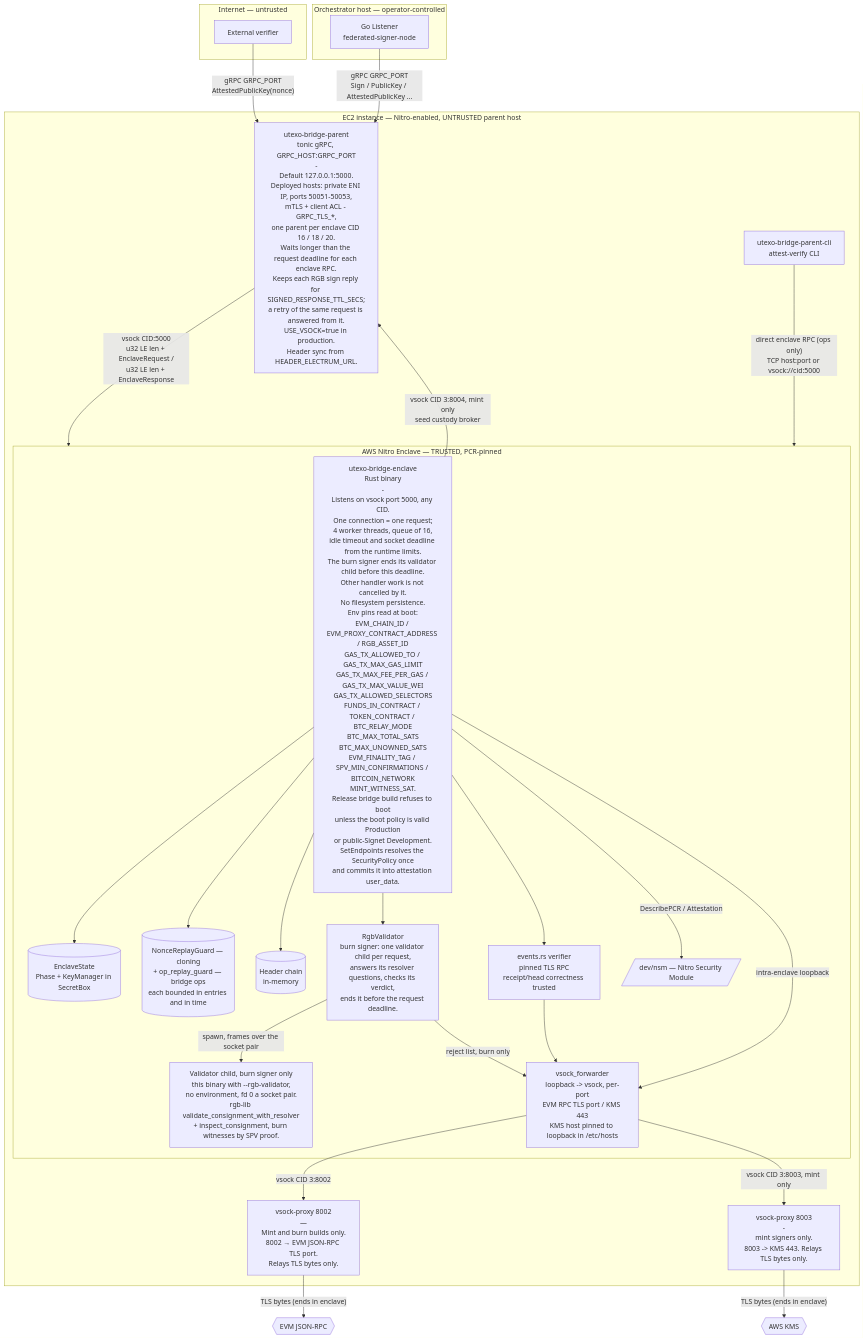
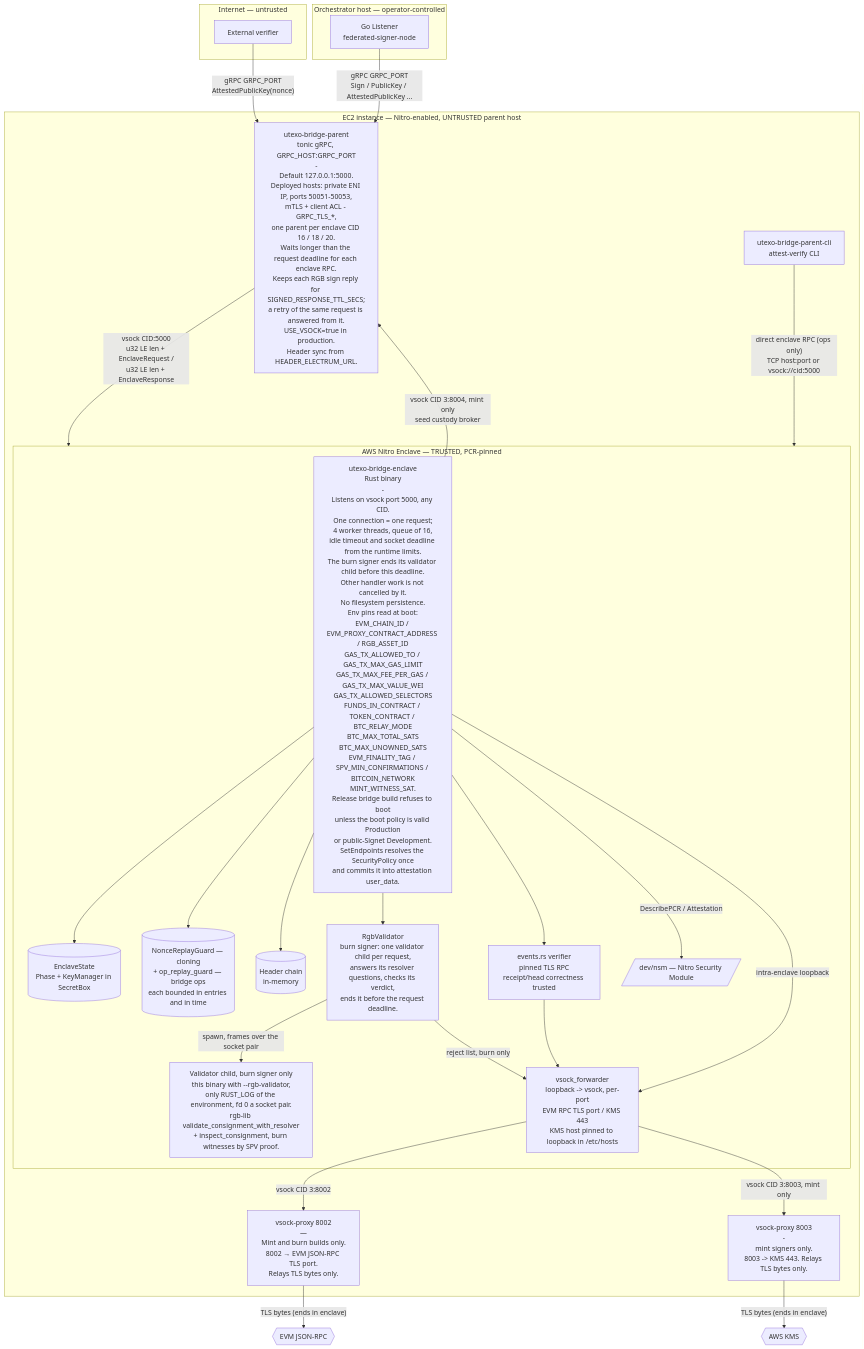
Before and after one commit to UTEXO-Protocol/enclave-signer: the diagram in docs/diagrams/02-deployment.md, drawn with Mermaid. The commit also changed 5 other files, not shown here.

First line of the commit message:
Say that a validator child keeps RUST_LOG, and keep its validator private

````diff
--- a/docs/diagrams/02-deployment.md
+++ b/docs/diagrams/02-deployment.md
@@ -3,54 +3,54 @@
 ```mermaid
 flowchart TB
     subgraph NET [Internet — untrusted]
         V[External verifier]
     end
 
     subgraph ORC [Orchestrator host — operator-controlled]
         L[Go Listener<br/>federated-signer-node]
     end
 
     subgraph EC2 [EC2 instance — Nitro-enabled, UNTRUSTED parent host]
         Parent[utexo-bridge-parent<br/>tonic gRPC, GRPC_HOST:GRPC_PORT<br/>-<br/>Default 127.0.0.1:5000.<br/>Deployed hosts: private ENI IP, ports 50051-50053,<br/>mTLS + client ACL - GRPC_TLS_*,<br/>one parent per enclave CID 16 / 18 / 20.<br/>Waits longer than the request deadline for each enclave RPC.<br/>Keeps each RGB sign reply for SIGNED_RESPONSE_TTL_SECS;<br/>a retry of the same request is answered from it.<br/>USE_VSOCK=true in production.<br/>Header sync from HEADER_ELECTRUM_URL.]
         Cli[utexo-bridge-parent-cli<br/>attest-verify CLI]
         VPk["vsock-proxy 8003<br/>-<br/>mint signers only.<br/>8003 -> KMS 443. Relays TLS bytes only."]
         VPe["vsock-proxy 8002<br/>―<br/>Mint and burn builds only.<br/>8002 → EVM JSON-RPC TLS port.<br/>Relays TLS bytes only."]
 
         subgraph ENCL [AWS Nitro Enclave — TRUSTED, PCR-pinned]
             Bin[utexo-bridge-enclave<br/>Rust binary<br/>-<br/>Listens on vsock port 5000, any CID.<br/>One connection = one request;<br/>4 worker threads, queue of 16,<br/>idle timeout and socket deadline from the runtime limits.<br/>The burn signer ends its validator child before this deadline.<br/>Other handler work is not cancelled by it.<br/>No filesystem persistence.<br/>Env pins read at boot:<br/>EVM_CHAIN_ID / EVM_PROXY_CONTRACT_ADDRESS / RGB_ASSET_ID<br/>GAS_TX_ALLOWED_TO / GAS_TX_MAX_GAS_LIMIT<br/>GAS_TX_MAX_FEE_PER_GAS / GAS_TX_MAX_VALUE_WEI<br/>GAS_TX_ALLOWED_SELECTORS<br/>FUNDS_IN_CONTRACT / TOKEN_CONTRACT / BTC_RELAY_MODE<br/>BTC_MAX_TOTAL_SATS<br/>BTC_MAX_UNOWNED_SATS<br/>EVM_FINALITY_TAG / SPV_MIN_CONFIRMATIONS / BITCOIN_NETWORK<br/>MINT_WITNESS_SAT.<br/>Release bridge build refuses to boot<br/>unless the boot policy is valid Production<br/>or public-Signet Development.<br/>SetEndpoints resolves the SecurityPolicy once<br/>and commits it into attestation user_data.]
             Headers[(Header chain<br/>in-memory)]
             State[(EnclaveState<br/>Phase + KeyManager in SecretBox)]
             Replay[(NonceReplayGuard — cloning<br/>+ op_replay_guard — bridge ops<br/>each bounded in entries and in time)]
             Fwd["vsock_forwarder<br/>loopback -> vsock, per-port<br/>EVM RPC TLS port / KMS 443<br/>KMS host pinned to loopback in /etc/hosts"]
             RgbVal["RgbValidator<br/>burn signer: one validator child per request,<br/>answers its resolver questions, checks its verdict,<br/>ends it before the request deadline."]
-            RgbChild["Validator child, burn signer only<br/>this binary with --rgb-validator,<br/>no environment, fd 0 a socket pair.<br/>rgb-lib validate_consignment_with_resolver<br/>+ inspect_consignment, burn witnesses by SPV proof."]
+            RgbChild["Validator child, burn signer only<br/>this binary with --rgb-validator,<br/>only RUST_LOG of the environment, fd 0 a socket pair.<br/>rgb-lib validate_consignment_with_resolver<br/>+ inspect_consignment, burn witnesses by SPV proof."]
             EvmVer[events.rs verifier<br/>pinned TLS RPC<br/>receipt/head correctness trusted]
             NSM[/dev/nsm — Nitro Security Module/]
         end
     end
 
     EvmRpc{{EVM JSON-RPC}}
     Kms{{AWS KMS}}
 
     V -->|"gRPC GRPC_PORT<br/>AttestedPublicKey(nonce)"| Parent
     L -->|"gRPC GRPC_PORT<br/>Sign / PublicKey / AttestedPublicKey ..."| Parent
     Cli -->|"direct enclave RPC (ops only)<br/>TCP host:port or vsock://cid:5000"| ENCL
 
     Parent -->|"vsock CID:5000<br/>u32 LE len + EnclaveRequest /<br/>u32 LE len + EnclaveResponse"| ENCL
 
     Bin --> State
     Bin --> Replay
     Bin --> Headers
     Bin --> RgbVal
     RgbVal -->|"spawn, frames over the socket pair"| RgbChild
     Bin --> EvmVer
     Bin -->|"DescribePCR / Attestation"| NSM
     Bin -->|"intra-enclave loopback"| Fwd
     RgbVal -->|"reject list, burn only"| Fwd
     EvmVer --> Fwd
     Fwd -->|"vsock CID 3:8002"| VPe
     Fwd -->|"vsock CID 3:8003, mint only"| VPk
     VPk -->|"TLS bytes (ends in enclave)"| Kms
     Bin -->|"vsock CID 3:8004, mint only<br/>seed custody broker"| Parent
     VPe -->|"TLS bytes (ends in enclave)"| EvmRpc
 ```
````
